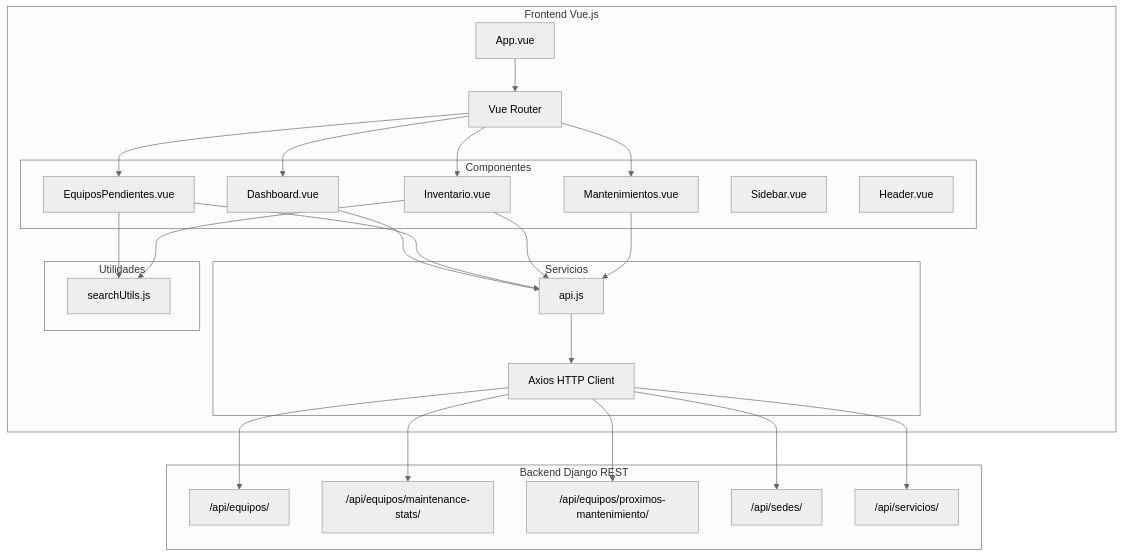
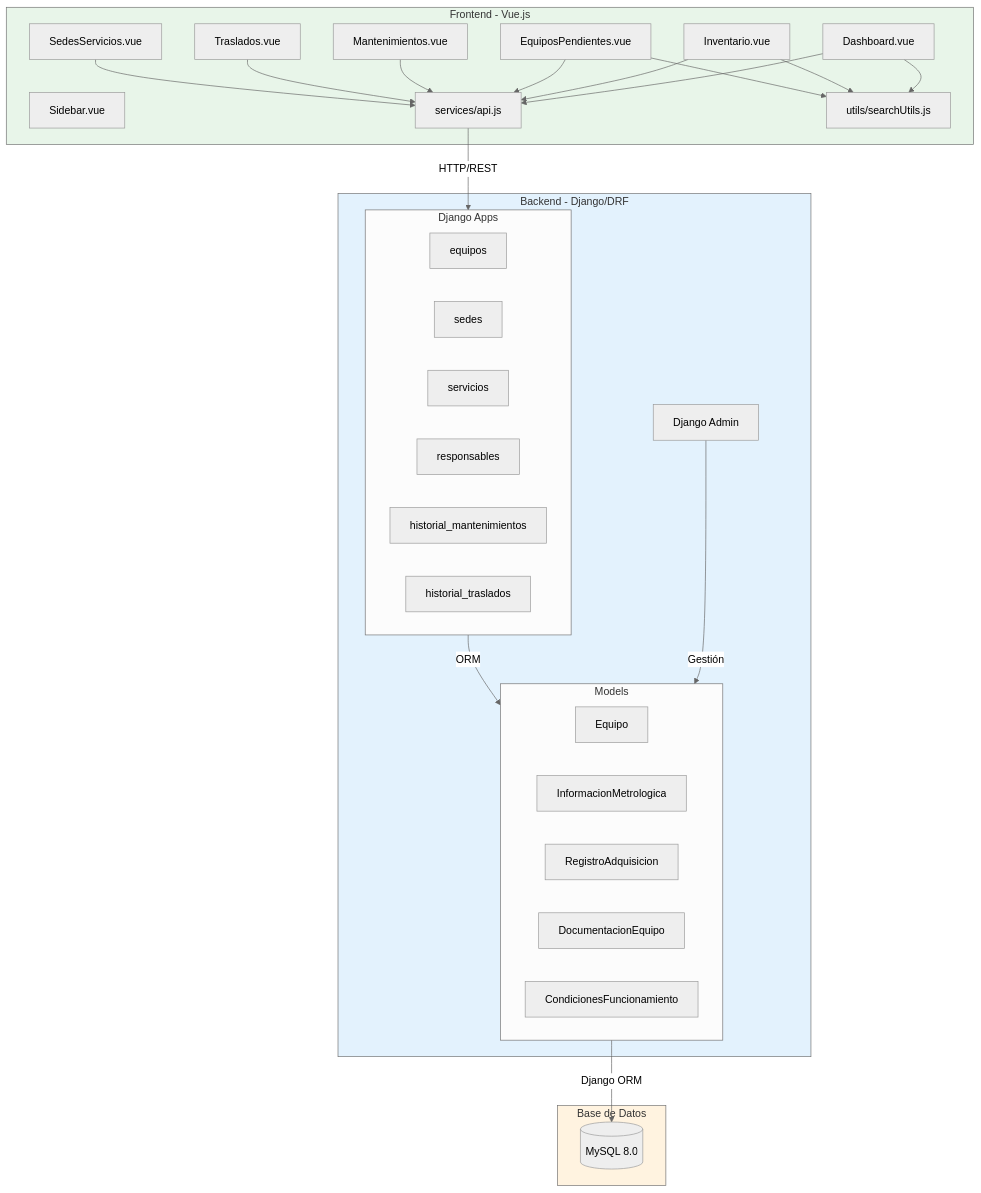
Before and after one commit to 2jcortesj2/Proyecto-LIME: the second of 5 diagrams in DIAGRAMA_UML.md, drawn with Mermaid (neutral theme). The commit also changed other lines of this file and 2 other files, not shown here.

Commit message:
docs: Enhance frontend documentation with new components and API services, add detailed UML diagrams, and describe backend database models.

````diff
--- a/DIAGRAMA_UML.md
+++ b/DIAGRAMA_UML.md
@@ -163,54 +163,61 @@
 ```mermaid
-graph TB
-    subgraph "Frontend Vue.js"
-        App[App.vue]
-        Router[Vue Router]
+flowchart TB
+    subgraph Frontend["Frontend - Vue.js"]
+        Dashboard[Dashboard.vue]
+        Inventario[Inventario.vue]
+        Pendientes[EquiposPendientes.vue]
+        Mantenimientos[Mantenimientos.vue]
+        Traslados[Traslados.vue]
+        SedesServ[SedesServicios.vue]
+        Sidebar[Sidebar.vue]
         
-        subgraph "Componentes"
-            Dashboard[Dashboard.vue]
-            EquiposPendientes[EquiposPendientes.vue]
-            Inventario[Inventario.vue]
-            Mantenimientos[Mantenimientos.vue]
-            Sidebar[Sidebar.vue]
-            Header[Header.vue]
+        API[services/api.js]
+        Utils[utils/searchUtils.js]
+    end
+    
+    subgraph Backend["Backend - Django/DRF"]
+        subgraph Apps["Django Apps"]
+            AppEquipos[equipos]
+            AppSedes[sedes]
+            AppServicios[servicios]
+            AppResp[responsables]
+            AppMant[historial_mantenimientos]
+            AppTrasl[historial_traslados]
         end
         
-        subgraph "Servicios"
-            API[api.js]
-            Axios[Axios HTTP Client]
+        subgraph Models["Models"]
+            EquipoModel[Equipo]
+            InfoMet[InformacionMetrologica]
+            RegAdq[RegistroAdquisicion]
+            Doc[DocumentacionEquipo]
+            Cond[CondicionesFuncionamiento]
         end
         
-        subgraph "Utilidades"
-            SearchUtils[searchUtils.js]
-        end
+        Admin[Django Admin]
     end
     
-    subgraph "Backend Django REST"
-        EquiposAPI["/api/equipos/"]
-        StatsAPI["/api/equipos/maintenance-stats/"]
-        ProximosAPI["/api/equipos/proximos-mantenimiento/"]
-        SedesAPI["/api/sedes/"]
-        ServiciosAPI["/api/servicios/"]
+    subgraph Database["Base de Datos"]
+        MySQL[(MySQL 8.0)]
     end
     
-    App --> Router
-    Router --> Dashboard
-    Router --> EquiposPendientes
-    Router --> Inventario
-    Router --> Mantenimientos
+    Dashboard --> API
+    Inventario --> API
+    Pendientes --> API
+    Mantenimientos --> API
+    Traslados --> API
+    SedesServ --> API
     
-    Dashboard --> API
-    EquiposPendientes --> API
-    Inventario --> API
-    Mantenimientos --> API
+    Dashboard --> Utils
+    Inventario --> Utils
+    Pendientes --> Utils
     
-    EquiposPendientes --> SearchUtils
-    Inventario --> SearchUtils
+    API -->|HTTP/REST| Apps
     
-    API --> Axios
-    Axios --> EquiposAPI
-    Axios --> StatsAPI
-    Axios --> ProximosAPI
-    Axios --> SedesAPI
-    Axios --> ServiciosAPI
+    Admin -->|Gestión| Models
+    Apps -->|ORM| Models
+    Models -->|Django ORM| MySQL
+    
+    style Frontend fill:#e8f5e9
+    style Backend fill:#e3f2fd
+    style Database fill:#fff3e0
 ```
````
